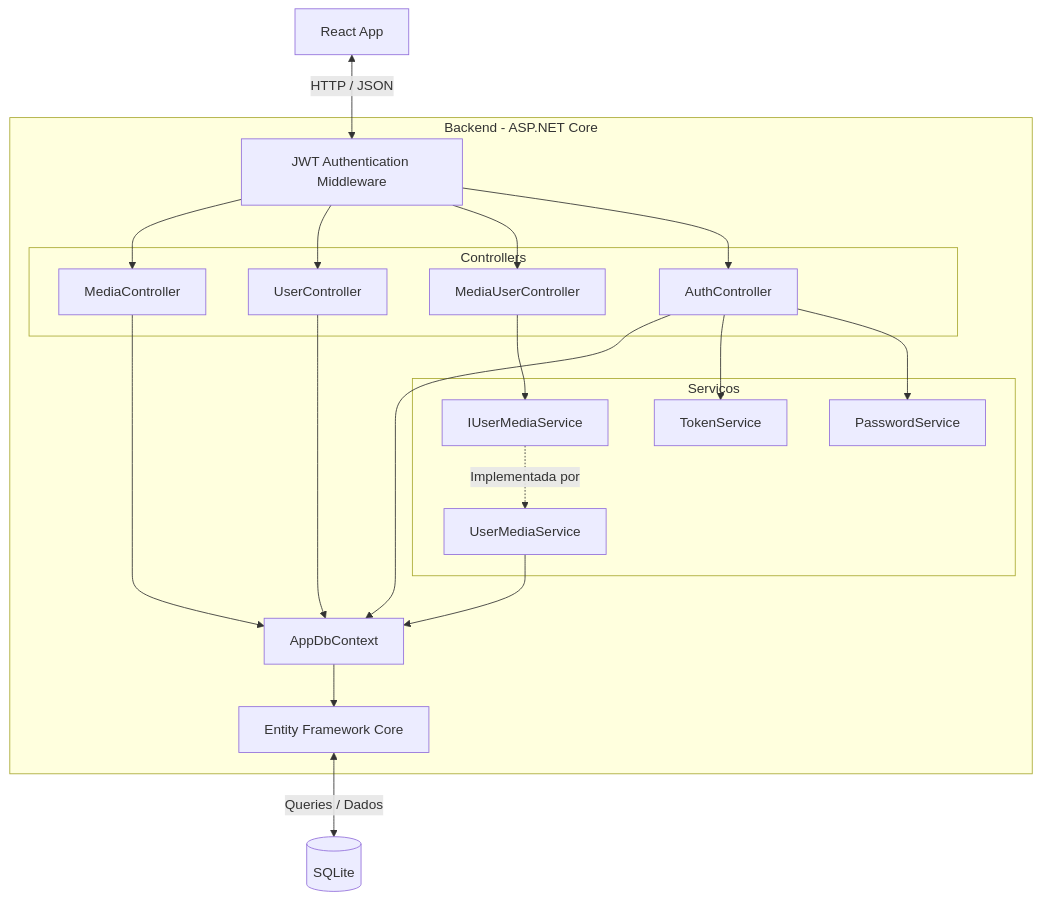
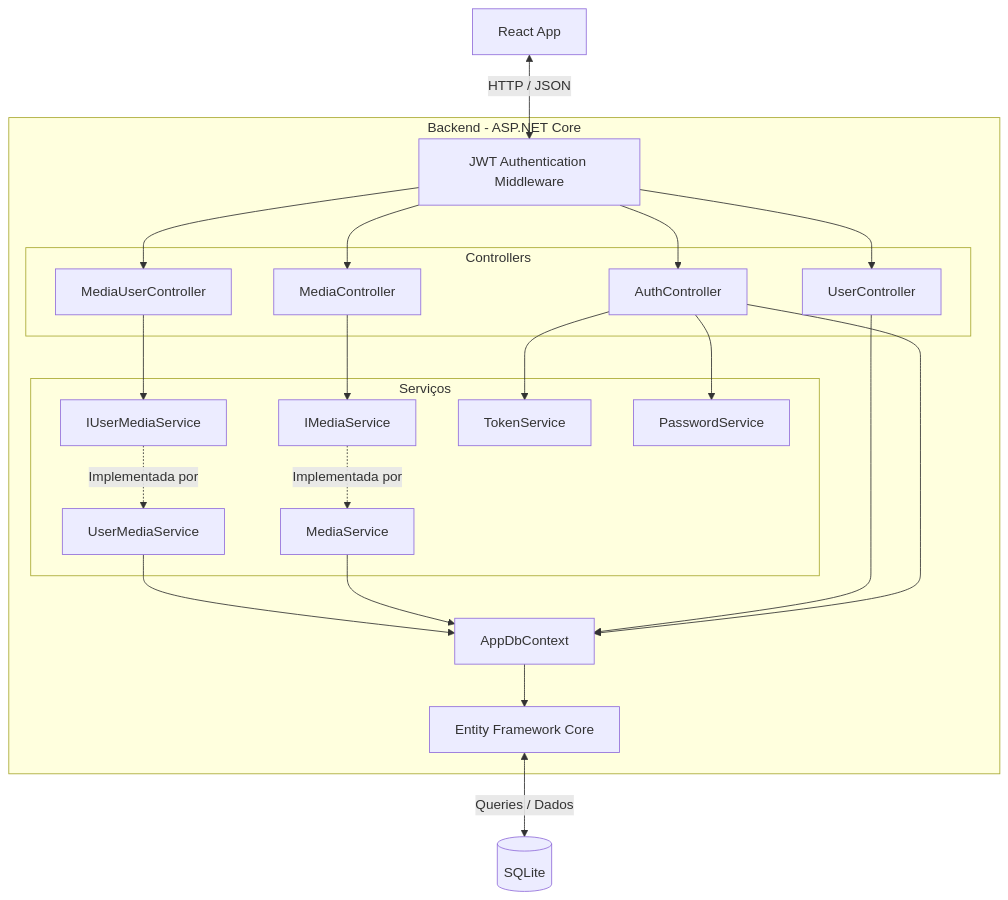
One commit to rallantro/obrazo changed the first of 3 diagrams in README.md. Above: the diagram before and after it, drawn with Mermaid.

Commit message:
Adiciona interfaces e serviços de gerenciamento de mídias ao diagrama de arquitetura

````diff
--- a/README.md
+++ b/README.md
@@ -62,48 +62,52 @@
 ```mermaid
 flowchart TD
     React[React App]
 
     subgraph Back [Backend - ASP.NET Core]
         Middleware[JWT Authentication Middleware]
 
         subgraph Controllers [Controllers]
             Media[MediaController]
             User[UserController]
             MediaUser[MediaUserController]
             Auth[AuthController]
         end
 
         subgraph Services [Serviços]
             Interface[IUserMediaService]
             UserMedia[UserMediaService]
+            InterfaceMedia[IMediaService]
+            Medias[MediaService]
             Token[TokenService]
             Password[PasswordService]
         end
 
         Context[AppDbContext]
         EF[Entity Framework Core]
     end
 
     DB[(SQLite)]
 
     React <-->|HTTP / JSON| Middleware
 
     Middleware --> Media
     Middleware --> User
     Middleware --> MediaUser
     Middleware --> Auth
 
     MediaUser --> Interface
     Interface -.->|Implementada por| UserMedia
     UserMedia --> Context
+    Media --> InterfaceMedia
+    InterfaceMedia -.->|Implementada por| Medias
+    Medias --> Context
 
-    Media --> Context
     User --> Context
     Auth --> Context
 
     Auth --> Token
     Auth --> Password
 
     Context --> EF
     EF <-->|Queries / Dados| DB
 ```
````
